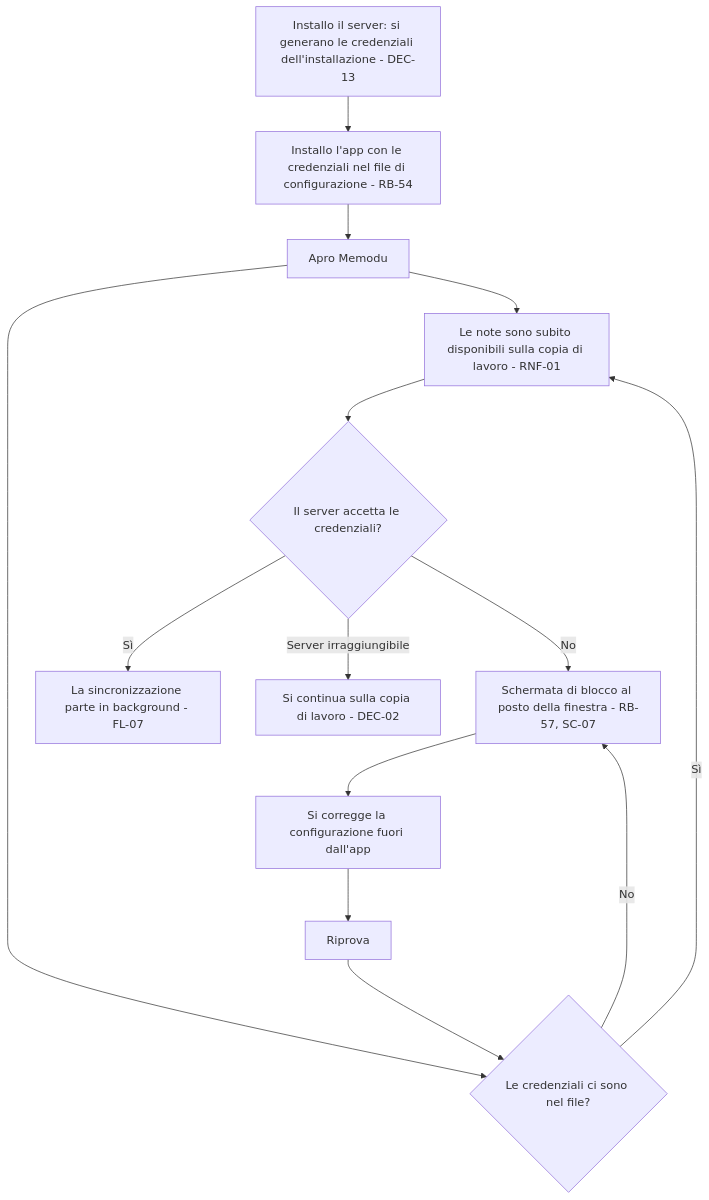
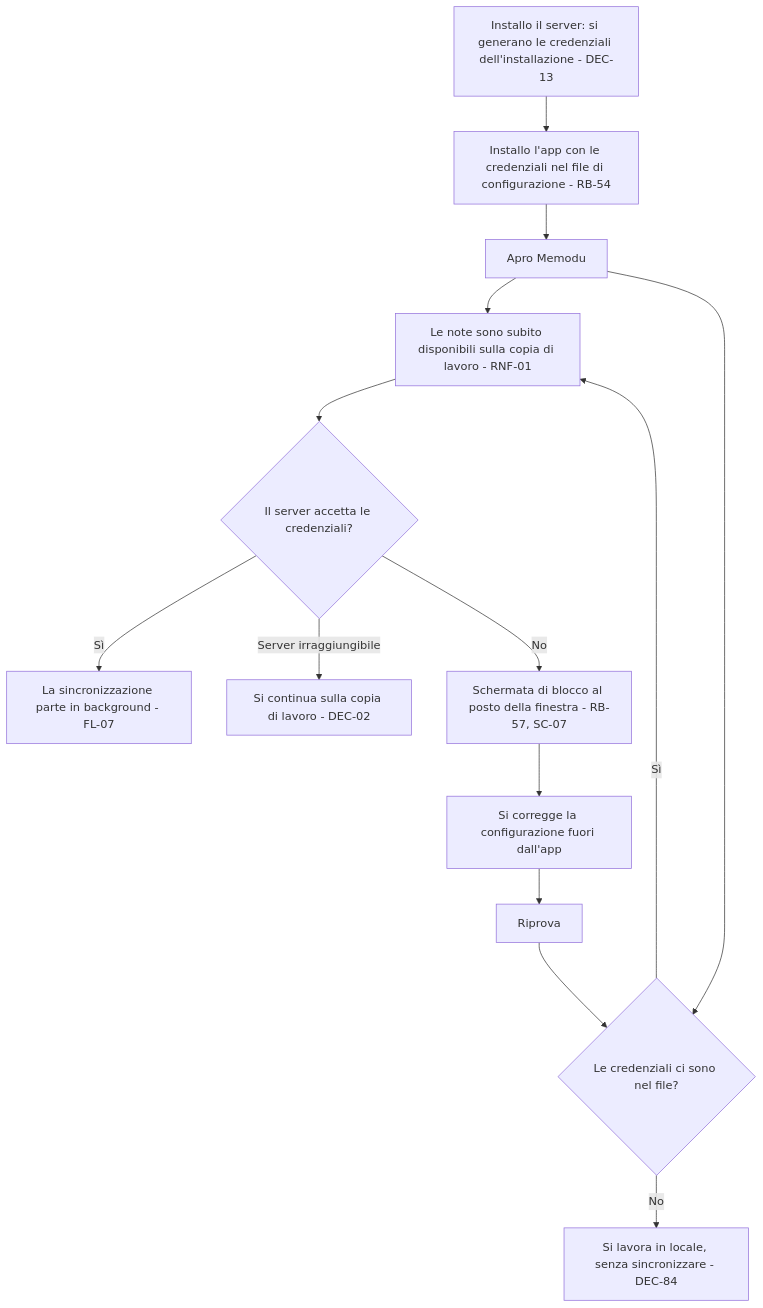
The second of 2 diagrams in docs/moduli/sincronizzazione/2-flussi.md (Helmutsti/MemoDu), drawn with Mermaid before and after one commit. The commit also changed other lines of this file and 40 other files, not shown here.

````diff
--- a/docs/moduli/sincronizzazione/2-flussi.md
+++ b/docs/moduli/sincronizzazione/2-flussi.md
@@ -64,16 +63,16 @@
 ```mermaid
 flowchart TD
     A[Installo il server: si generano le credenziali dell'installazione - DEC-13] --> B[Installo l'app con le credenziali nel file di configurazione - RB-54]
     B --> C[Apro Memodu]
     C --> D[Le note sono subito disponibili sulla copia di lavoro - RNF-01]
     C --> M{Le credenziali ci sono nel file?}
-    M -- No --> G
+    M -- No --> L[Si lavora in locale, senza sincronizzare - DEC-84]
     M -- Sì --> D
     D --> E{Il server accetta le credenziali?}
     E -- Sì --> F[La sincronizzazione parte in background - FL-07]
     E -- Server irraggiungibile --> R[Si continua sulla copia di lavoro - DEC-02]
     E -- No --> G[Schermata di blocco al posto della finestra - RB-57, SC-07]
     G --> H[Si corregge la configurazione fuori dall'app]
     H --> I[Riprova]
     I --> M
 ```
````
